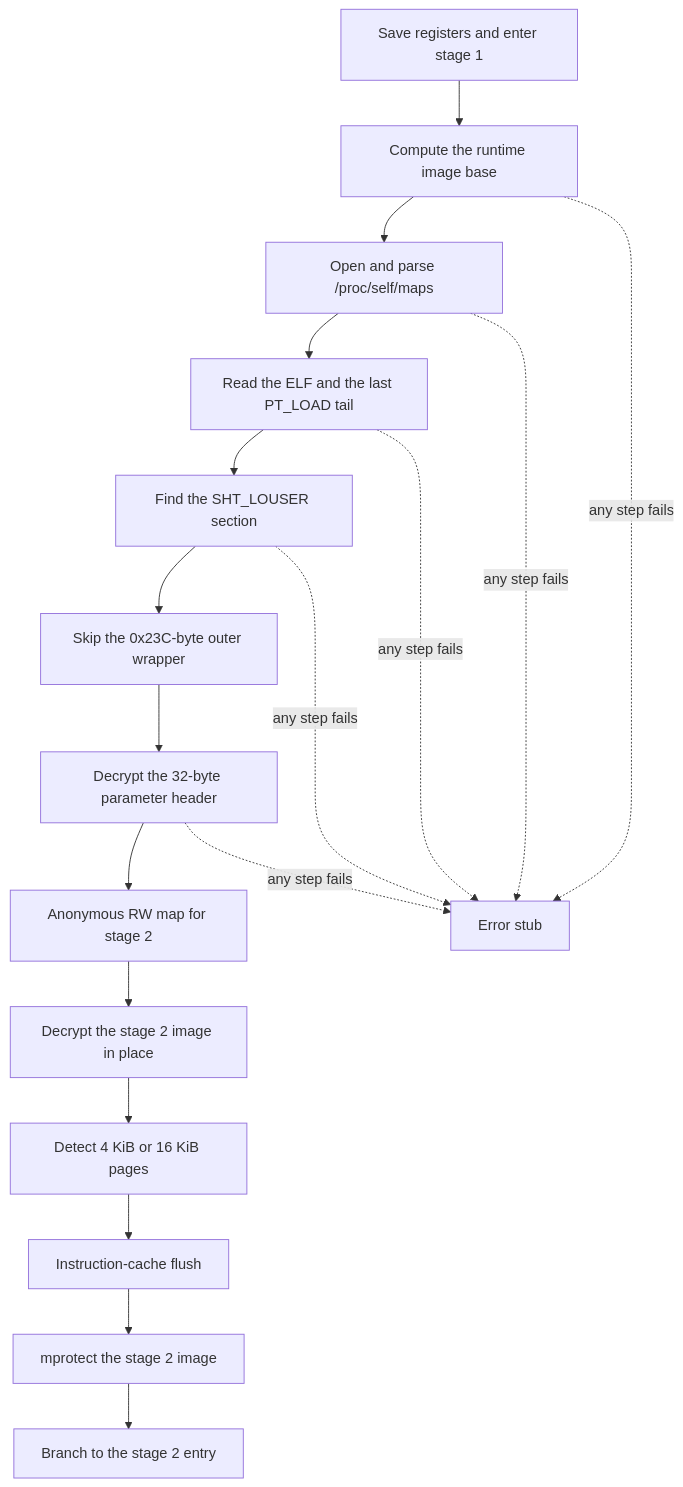
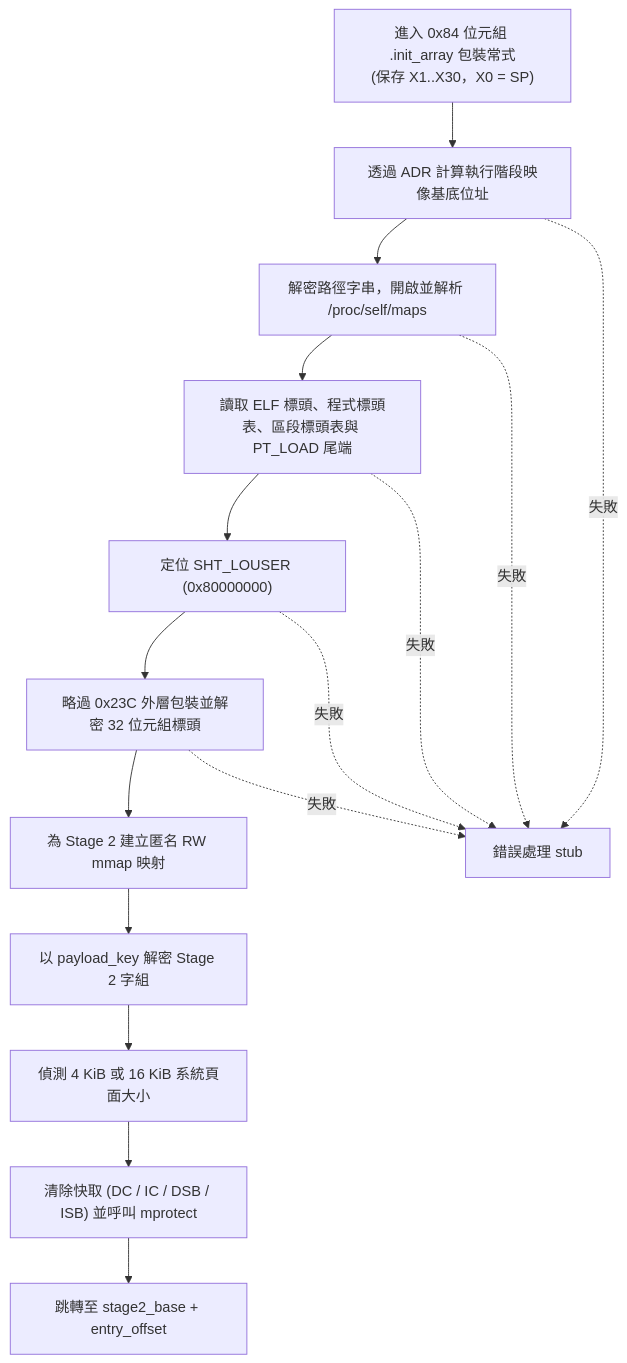
One commit to Momoko-Ayase/crackproof-research changed the diagram in internals/android-so/zh-tw/runtime/stage1-bootstrap.md. Above: the diagram before and after it, drawn with Mermaid. The commit also changed other lines of this file and 446 other files, not shown here.

````diff
--- a/internals/android-so/zh-tw/runtime/stage1-bootstrap.md
+++ b/internals/android-so/zh-tw/runtime/stage1-bootstrap.md
@@ -9,20 +10,18 @@
 ```mermaid
 flowchart TD
-    A["Save registers and enter stage 1"] --> B["Compute the runtime image base"]
-    B --> C["Open and parse /proc/self/maps"]
-    C --> D["Read the ELF and the last PT_LOAD tail"]
-    D --> E["Find the SHT_LOUSER section"]
-    E --> F["Skip the 0x23C-byte outer wrapper"]
-    F --> G["Decrypt the 32-byte parameter header"]
-    G --> H["Anonymous RW map for stage 2"]
-    H --> I["Decrypt the stage 2 image in place"]
-    I --> J["Detect 4 KiB or 16 KiB pages"]
-    J --> K["Instruction-cache flush"]
-    K --> L["mprotect the stage 2 image"]
-    L --> M["Branch to the stage 2 entry"]
-    B -. any step fails .-> X["Error stub"]
-    C -. any step fails .-> X
-    D -. any step fails .-> X
-    E -. any step fails .-> X
-    G -. any step fails .-> X
+    A["進入 0x84 位元組 .init_array 包裝常式\n(保存 X1..X30，X0 = SP)"] --> B["透過 ADR 計算執行階段映像基底位址"]
+    B --> C["解密路徑字串，開啟並解析 /proc/self/maps"]
+    C --> D["讀取 ELF 標頭、程式標頭表、區段標頭表與 PT_LOAD 尾端"]
+    D --> E["定位 SHT_LOUSER (0x80000000)"]
+    E --> F["略過 0x23C 外層包裝並解密 32 位元組標頭"]
+    F --> G["為 Stage 2 建立匿名 RW mmap 映射"]
+    G --> H["以 payload_key 解密 Stage 2 字組"]
+    H --> I["偵測 4 KiB 或 16 KiB 系統頁面大小"]
+    I --> J["清除快取 (DC / IC / DSB / ISB) 並呼叫 mprotect"]
+    J --> K["跳轉至 stage2_base + entry_offset"]
+    B -. 失敗 .-> X["錯誤處理 stub"]
+    C -. 失敗 .-> X
+    D -. 失敗 .-> X
+    E -. 失敗 .-> X
+    F -. 失敗 .-> X
 ```
````
